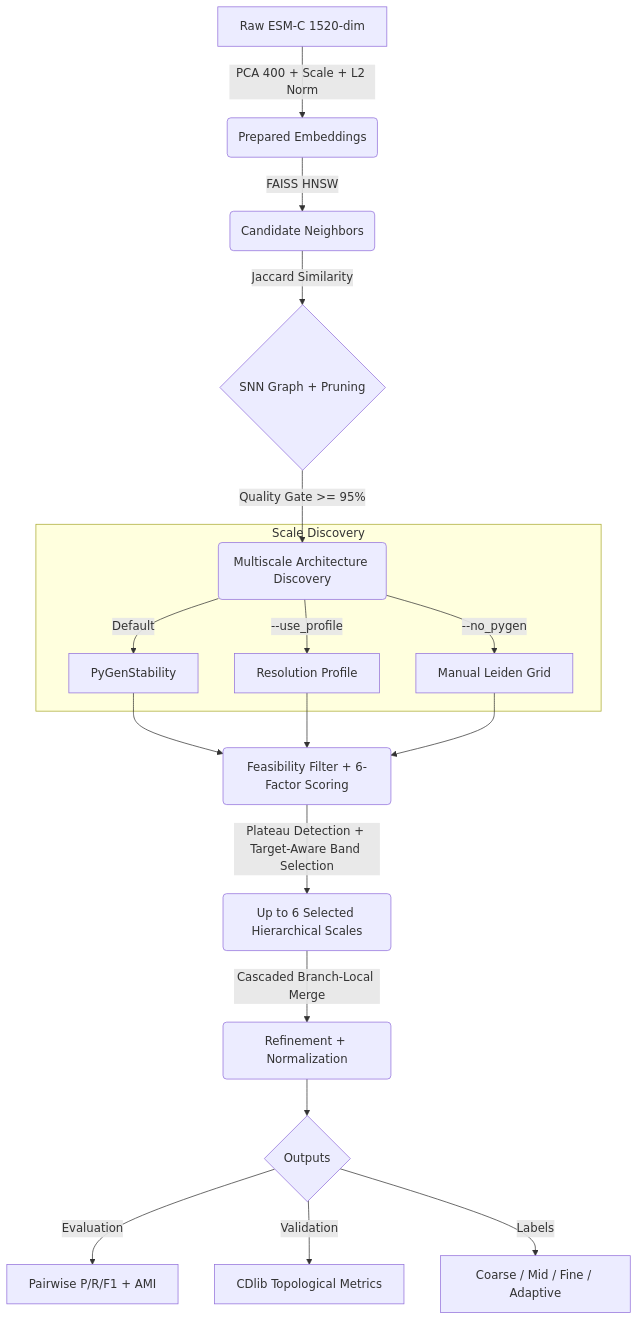
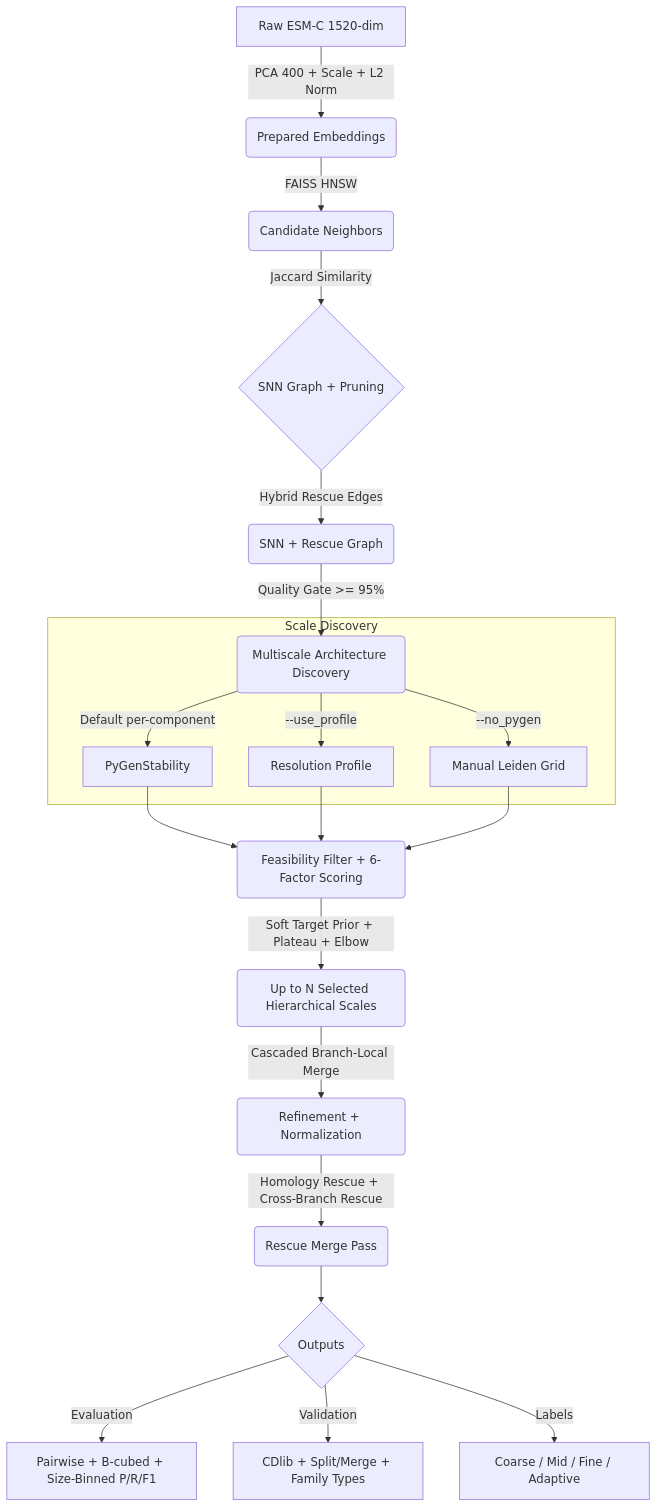
One commit to imsuraj675/EvoCluster changed the diagram in README.md. Above: the diagram before and after it, drawn with Mermaid. The commit also changed 20 other files, not shown here.

````diff
--- a/README.md
+++ b/README.md
@@ -74,25 +74,27 @@
 ```mermaid
 graph TD
     A[Raw ESM-C 1520-dim] -->|PCA 400 + Scale + L2 Norm| B(Prepared Embeddings)
     B -->|FAISS HNSW| C(Candidate Neighbors)
     C -->|Jaccard Similarity| D{SNN Graph + Pruning}
-    D -->|Quality Gate >= 95%| E(Multiscale Architecture Discovery)
+    D -->|Hybrid Rescue Edges| D2(SNN + Rescue Graph)
+    D2 -->|Quality Gate >= 95%| E(Multiscale Architecture Discovery)
     
     subgraph Scale Discovery
-        E -->|Default| F1[PyGenStability]
+        E -->|Default per-component| F1[PyGenStability]
         E -->|--use_profile| F2[Resolution Profile]
         E -->|--no_pygen| F3[Manual Leiden Grid]
     end
     
     F1 --> G(Feasibility Filter + 6-Factor Scoring)
     F2 --> G
     F3 --> G
     
-    G -->|Plateau Detection + Target-Aware Band Selection| H(Up to 6 Selected Hierarchical Scales)
+    G -->|Soft Target Prior + Plateau + Elbow| H(Up to N Selected Hierarchical Scales)
     H -->|Cascaded Branch-Local Merge| I(Refinement + Normalization)
-    I --> J{Outputs}
+    I -->|Homology Rescue + Cross-Branch Rescue| I2(Rescue Merge Pass)
+    I2 --> J{Outputs}
     
-    J -->|Evaluation| K1[Pairwise P/R/F1 + AMI]
-    J -->|Validation| K2[CDlib Topological Metrics]
+    J -->|Evaluation| K1[Pairwise + B-cubed + Size-Binned P/R/F1]
+    J -->|Validation| K2[CDlib + Split/Merge + Family Types]
     J -->|Labels| K3[Coarse / Mid / Fine / Adaptive]
 ```
````
